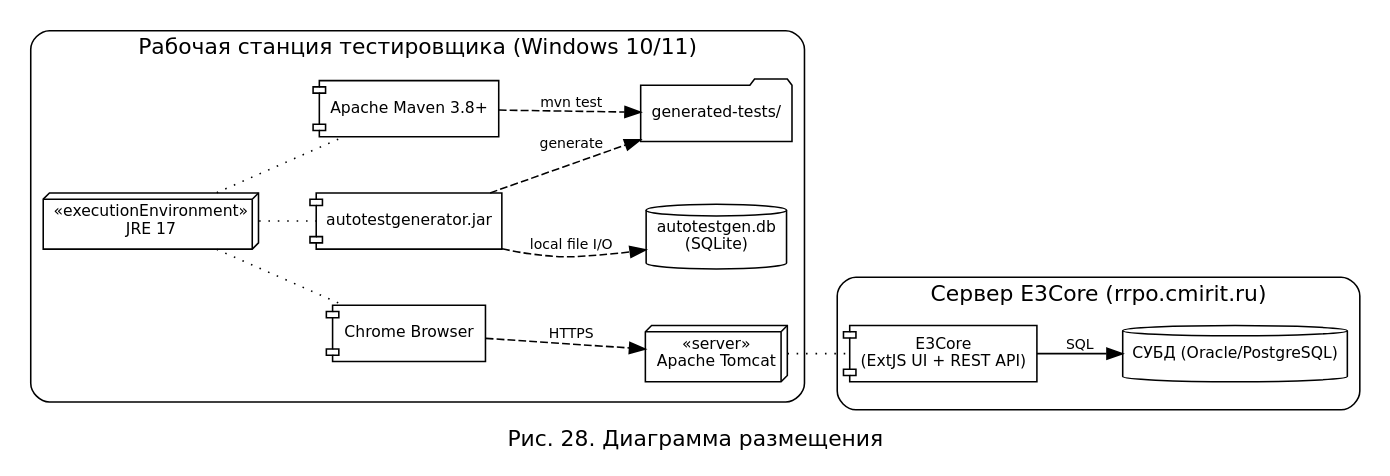
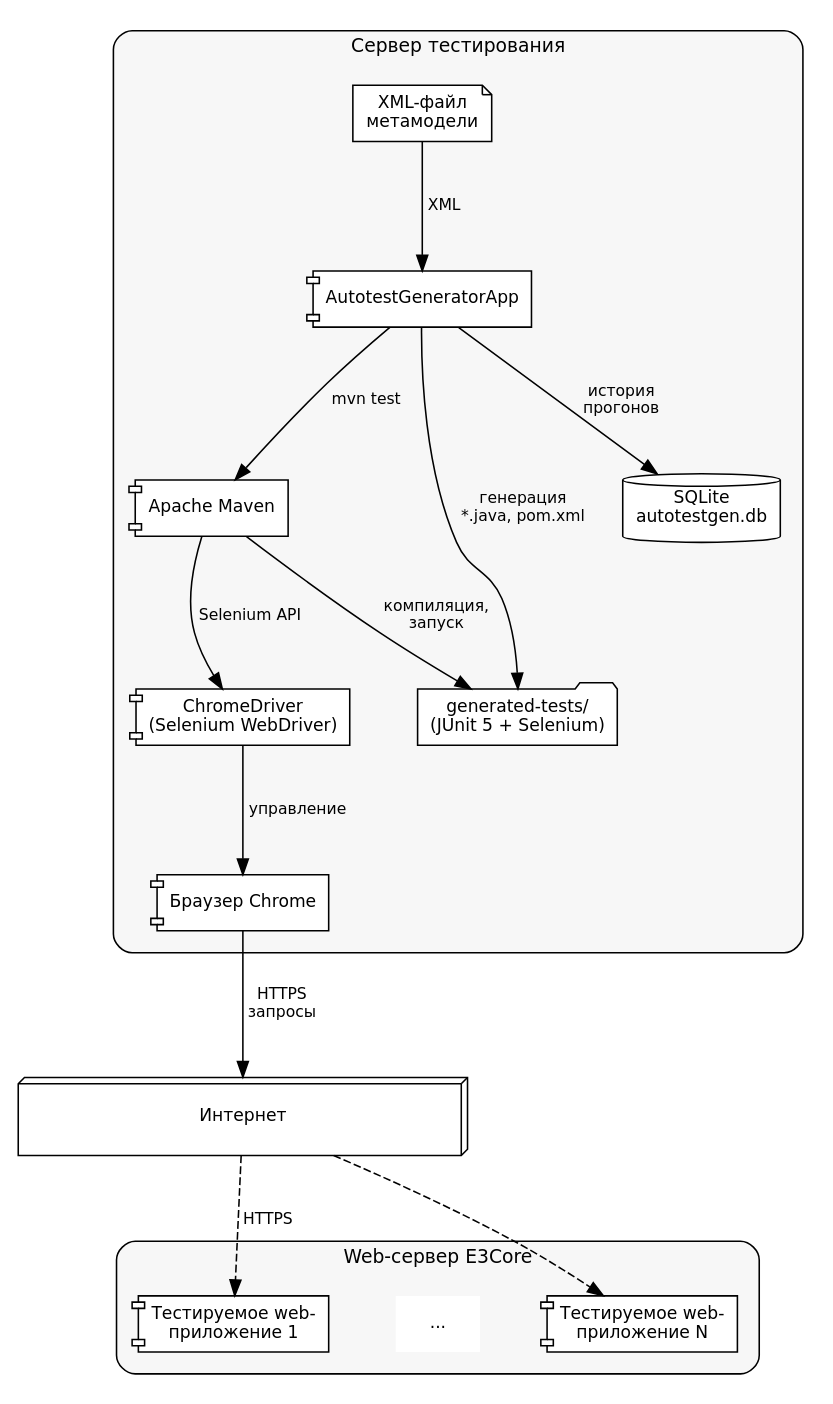
One commit to nastolbov/AutoTestGeneratorUpdate changed the diagram in diagrams/deployment.dot. Above: the diagram before and after it, drawn with Graphviz. The commit also changed 1 other file, not shown here.

Commit message:
deployment: добавлены стрелки с направлением, Maven и generated-tests/ согласованы с обновлённой диаграммой компонентов

```diff
--- a/diagrams/deployment.dot
+++ b/diagrams/deployment.dot
@@ -1,34 +1,69 @@
 digraph Deployment {
-    rankdir=LR; fontname="DejaVu Sans"; fontsize=14;
-    label="Рис. 28. Диаграмма размещения"; labelloc=b;
-    nodesep=0.5;
-    node [fontname="DejaVu Sans", fontsize=10, style=filled, fillcolor=white];
-    edge [color=black, fontname="DejaVu Sans", fontsize=9];
+    rankdir=TB;
+    fontname="DejaVu Sans";
+    fontsize=14;
+    labelloc=b;
+    nodesep=0.6;
+    ranksep=1.0;
+    compound=true;
 
+    node [fontname="DejaVu Sans", fontsize=11, style=filled, fillcolor=white];
+    edge [color=black, fontname="DejaVu Sans", fontsize=10];
+
+    // ============================================
+    // ВЕРХ: Web-сервер с тестируемыми приложениями
+    // ============================================
     subgraph cluster_ws {
-        label="Рабочая станция тестировщика (Windows 10/11)";
-        style=rounded; labelloc=t;
-        AppNode [shape=box3d, label="«executionEnvironment»\nJRE 17"];
-        App     [shape=component, label="autotestgenerator.jar"];
-        Chrome  [shape=component, label="Chrome Browser"];
-        Mvn     [shape=component, label="Apache Maven 3.8+"];
-        DbFile  [shape=cylinder, label="autotestgen.db\n(SQLite)"];
-        OutDir  [shape=folder,   label="generated-tests/"];
-        AppNode -> App     [arrowhead=none, style=dotted];
-        AppNode -> Chrome  [arrowhead=none, style=dotted];
-        AppNode -> Mvn     [arrowhead=none, style=dotted];
-        App -> DbFile  [label="local file I/O", style=dashed];
-        App -> OutDir  [label="generate",       style=dashed];
-        Mvn -> OutDir  [label="mvn test",       style=dashed];
-        Chrome -> Server [label="HTTPS",        style=dashed];
+        label="Web-сервер E3Core";
+        style="rounded,filled";
+        fillcolor="#f7f7f7";
+        labelloc=t;
+        fontsize=12;
+        margin=14;
+
+        WebApp1 [shape=component, label="Тестируемое web-\nприложение 1"];
+        WebDots [shape=plaintext, label="..."];
+        WebAppN [shape=component, label="Тестируемое web-\nприложение N"];
     }
-    subgraph cluster_srv {
-        label="Сервер E3Core (rrpo.cmirit.ru)";
-        style=rounded; labelloc=t;
-        Server [shape=box3d,    label="«server»\nApache Tomcat"];
-        WebApp [shape=component, label="E3Core\n(ExtJS UI + REST API)"];
-        DbServ [shape=cylinder,  label="СУБД (Oracle/PostgreSQL)"];
-        Server -> WebApp [arrowhead=none, style=dotted];
-        WebApp -> DbServ [label="SQL"];
+
+    // ============================================
+    // СРЕДИНА: Интернет
+    // ============================================
+    Internet [shape=box3d, label="Интернет", width=4, height=0.7];
+
+    // ============================================
+    // НИЗ: Сервер тестирования
+    // ============================================
+    subgraph cluster_test {
+        label="Сервер тестирования";
+        style="rounded,filled";
+        fillcolor="#f7f7f7";
+        labelloc=t;
+        fontsize=12;
+        margin=14;
+
+        App     [shape=component, label="AutotestGeneratorApp"];
+        XmlFile [shape=note,      label="XML-файл\nметамодели"];
+        Maven   [shape=component, label="Apache Maven"];
+        GenProj [shape=folder,    label="generated-tests/\n(JUnit 5 + Selenium)"];
+        WebDrv  [shape=component, label="ChromeDriver\n(Selenium WebDriver)"];
+        Chrome  [shape=component, label="Браузер Chrome"];
+        DB      [shape=cylinder,  label="SQLite\nautotestgen.db"];
+
+        // Связи внутри сервера тестирования (со стрелками)
+        XmlFile -> App     [label=" XML "];
+        App     -> DB      [label=" история\n прогонов "];
+        App     -> GenProj [label=" генерация\n *.java, pom.xml "];
+        App     -> Maven   [label=" mvn test "];
+        Maven   -> GenProj [label=" компиляция,\n запуск "];
+        Maven   -> WebDrv  [label=" Selenium API "];
+        WebDrv  -> Chrome  [label=" управление "];
     }
+
+    // ============================================
+    // СВЯЗИ МЕЖДУ КЛАСТЕРАМИ (через Интернет)
+    // ============================================
+    Chrome -> Internet [label=" HTTPS\n запросы "];
+    Internet -> WebApp1 [style=dashed, label=" HTTPS "];
+    Internet -> WebAppN [style=dashed];
 }
```
